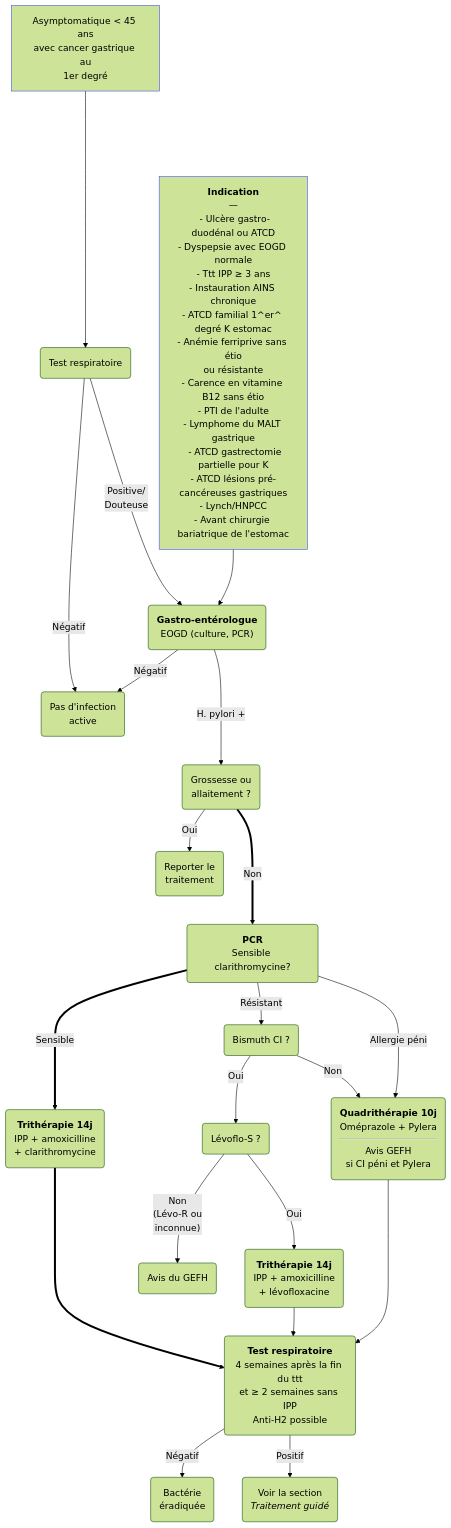
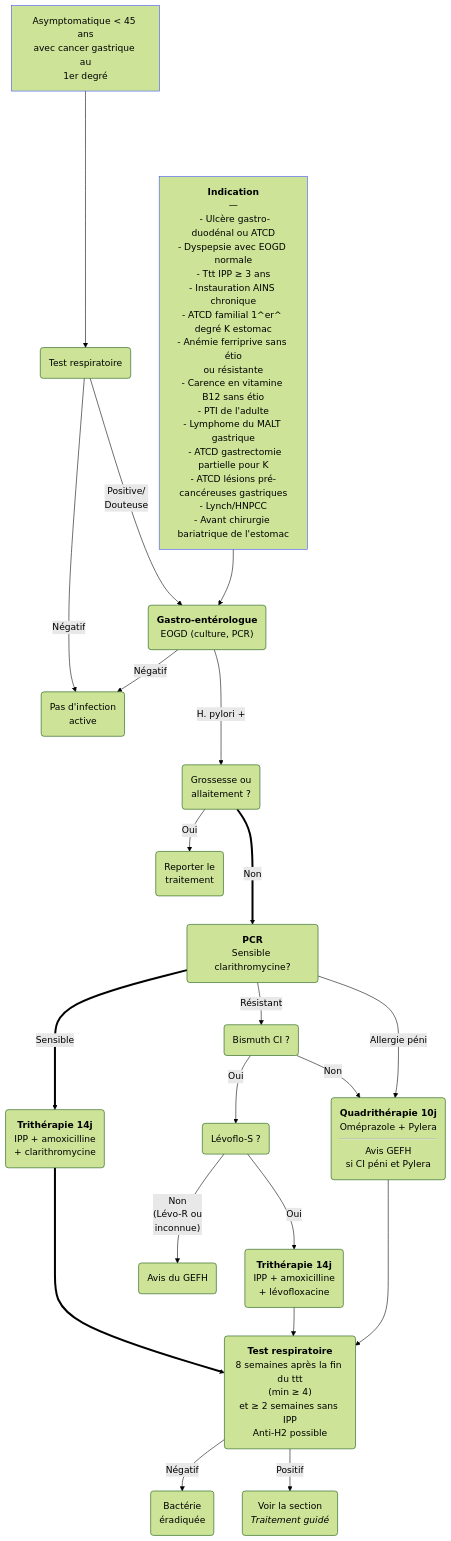
One commit to djibe/recommandations-medicales changed the second of 2 diagrams in content/recommandations/helicobacter-pylori.md. Above: the diagram before and after it, drawn with Mermaid (forest theme). The commit also changed other lines of this file, not shown here.

```diff
--- a/content/recommandations/helicobacter-pylori.md
+++ b/content/recommandations/helicobacter-pylori.md
@@ -405,22 +399,22 @@
 {{< mermaid title="Prise en charge de l'infection à Helicobacter pylori guidée par antibiogramme. Dr JB Fron d'après GEFH 2026" >}}
 graph TB
   asymptomatique["Asymptomatique &lt; 45 ans<br>avec cancer gastrique au<br>1er degré"] ----> respi("Test respiratoire")
     respi -- Négatif --> indemne(Pas d'infection<br>active)
     respi -- "Positive/<br>Douteuse" --> gastro
   indication["<b>Indication</b><br>—<br> - Ulcère gastro-duodénal ou ATCD<br>- Dyspepsie avec EOGD normale<br>- Ttt IPP ≥ 3 ans<br>- Instauration AINS chronique<br>- ATCD familial 1^er^ degré K estomac<br>- Anémie ferriprive sans étio<br>ou résistante<br>- Carence en vitamine B12 sans étio<br>- PTI de l'adulte<br>- Lymphome du MALT gastrique<br>  - ATCD gastrectomie partielle pour K<br>- ATCD lésions pré-cancéreuses gastriques<br>- Lynch/HNPCC<br>- Avant chirurgie bariatrique de l'estomac"] --> gastro("<b>Gastro-entérologue</b><br>EOGD (culture, PCR)")
     gastro -- Négatif --> indemne
     gastro -- H. pylori + ---> grossesse("Grossesse ou<br>allaitement ?")
       grossesse == Non ===> antibiogramme("<b>PCR</b><br>Sensible clarithromycine?")
         antibiogramme == Sensible ==> triAmox("<b>Trithérapie 14j</b><br>IPP + amoxicilline<br>+ clarithromycine")
-          triAmox ===> controle("<b>Test respiratoire</b><br>4 semaines après la fin du ttt<br>et ≥ 2 semaines sans IPP<br>Anti-H2 possible")
+          triAmox ===> controle("<b>Test respiratoire</b><br>8 semaines après la fin du ttt<br>(min ≥ 4)<br>et ≥ 2 semaines sans IPP<br>Anti-H2 possible")
         antibiogramme -- Résistant --> bismuthCI("Bismuth CI ?")
           bismuthCI -- Oui --> levofloS(Lévoflo-S ?) -- Oui --> levoflo("<b>Trithérapie 14j</b><br>IPP + amoxicilline<br>+ lévofloxacine") --> controle
             levofloS -- "Non<br>(Lévo-R ou<br>inconnue)" --> RCP(Avis du GEFH)
           bismuthCI -- Non --> bismuth1("<b>Quadrithérapie 10j</b><br>Oméprazole + Pylera<hr>Avis GEFH<br>si CI péni et Pylera") --> controle
           controle -- Négatif --> ok(Bactérie<br>éradiquée)
           controle -- Positif --> autres("Voir la section<br><em>Traitement guidé</em>")
         antibiogramme -- Allergie péni --> bismuth1
       grossesse -- Oui --> reporter(Reporter le<br>traitement)
   style asymptomatique stroke:#4150f5, stroke-width:1px
   style indication stroke:#4150f5, stroke-width:1px
 {{< /mermaid >}}
```
